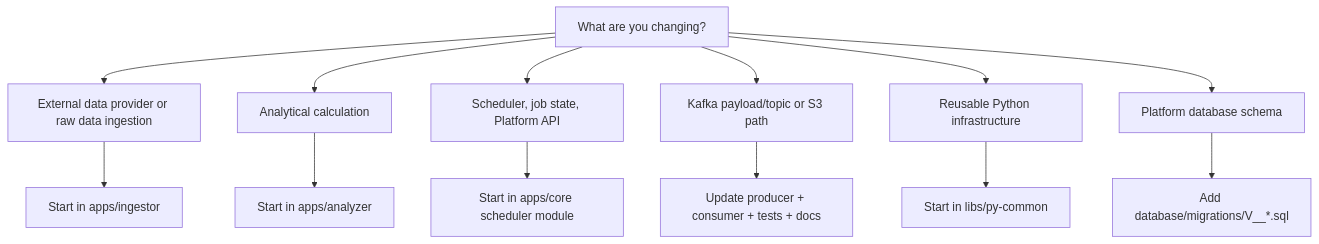
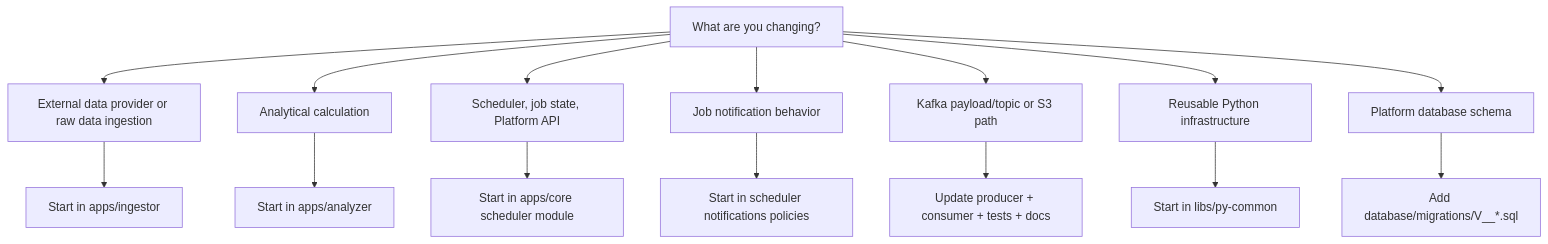
Before and after one commit to tanlocit9/omni: the diagram in docs/development/where-to-change.md, drawn with Mermaid. The commit also changed other lines of this file and 42 other files, not shown here.

Commit message:
Add job notification policies

````diff
--- a/docs/development/where-to-change.md
+++ b/docs/development/where-to-change.md
@@ -25,24 +26,27 @@
 ```mermaid
 flowchart TD
   Change["What are you changing?"]
   Provider["External data provider or raw data ingestion"]
   Analytics["Analytical calculation"]
   Orchestration["Scheduler, job state, Platform API"]
+  Notification["Job notification behavior"]
   Contract["Kafka payload/topic or S3 path"]
   Shared["Reusable Python infrastructure"]
   DB["Platform database schema"]
 
   Change --> Provider
   Change --> Analytics
   Change --> Orchestration
+  Change --> Notification
   Change --> Contract
   Change --> Shared
   Change --> DB
 
   Provider --> Ingestor["Start in apps/ingestor"]
   Analytics --> Analyzer["Start in apps/analyzer"]
   Orchestration --> Platform["Start in apps/core scheduler module"]
+  Notification --> Policy["Start in scheduler notifications policies"]
   Contract --> Both["Update producer + consumer + tests + docs"]
   Shared --> Common["Start in libs/py-common"]
   DB --> Migration["Add database/migrations/V<N>__*.sql"]
 ```
````
